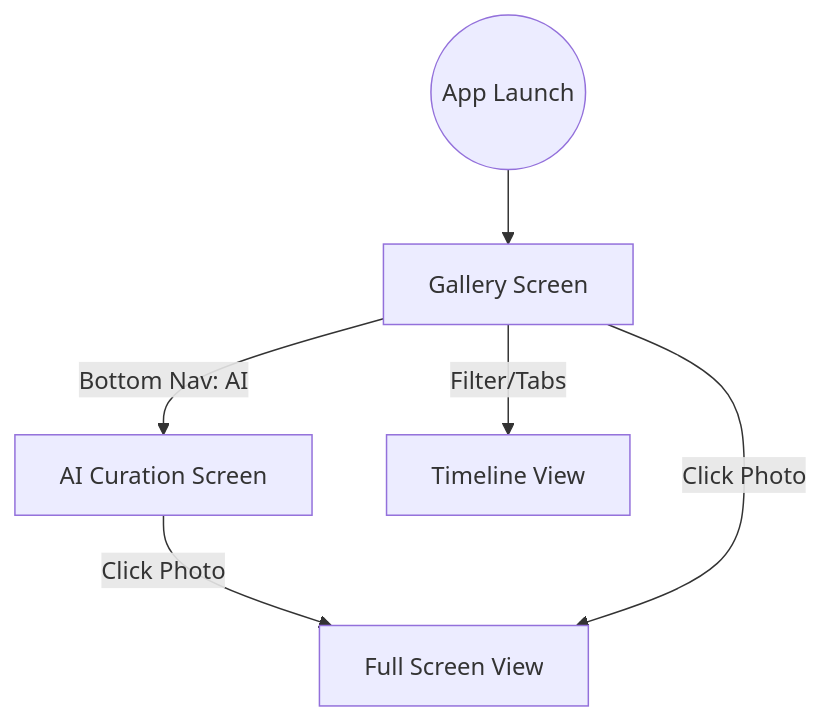
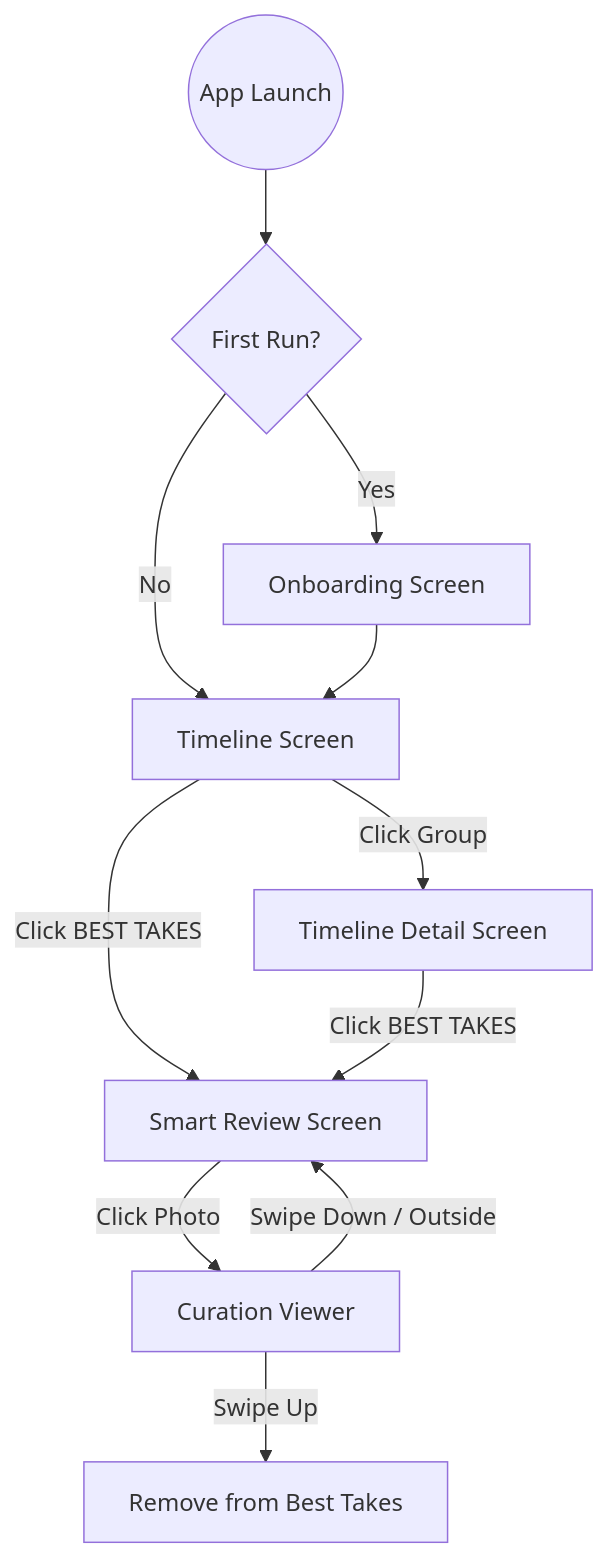
Before and after one commit to shusinghal/android: the diagram in PROJECT_REFERENCE.md, drawn with Mermaid. The commit also changed other lines of this file and 138 other files, not shown here.

````diff
--- a/PROJECT_REFERENCE.md
+++ b/PROJECT_REFERENCE.md
@@ -26,8 +23,15 @@
 ```mermaid
 graph TD
-    Start((App Launch)) --> Gallery[Gallery Screen]
-    Gallery -- "Bottom Nav: AI" --> AI[AI Curation Screen]
-    AI -- "Click Photo" --> Detail[Full Screen View]
-    Gallery -- "Click Photo" --> Detail
-    Gallery -- "Filter/Tabs" --> Timeline[Timeline View]
+    Start((App Launch)) --> Onboarding{First Run?}
+    Onboarding -- "Yes" --> Welcome[Onboarding Screen]
+    Onboarding -- "No" --> Timeline[Timeline Screen]
+    Welcome --> Timeline
+    
+    Timeline -- "Click Group" --> Detail[Timeline Detail Screen]
+    Timeline -- "Click BEST TAKES" --> SmartReview[Smart Review Screen]
+    Detail -- "Click BEST TAKES" --> SmartReview
+    
+    SmartReview -- "Click Photo" --> ReviewViewer[Curation Viewer]
+    ReviewViewer -- "Swipe Up" --> Remove[Remove from Best Takes]
+    ReviewViewer -- "Swipe Down / Outside" --> SmartReview
 ```
````
